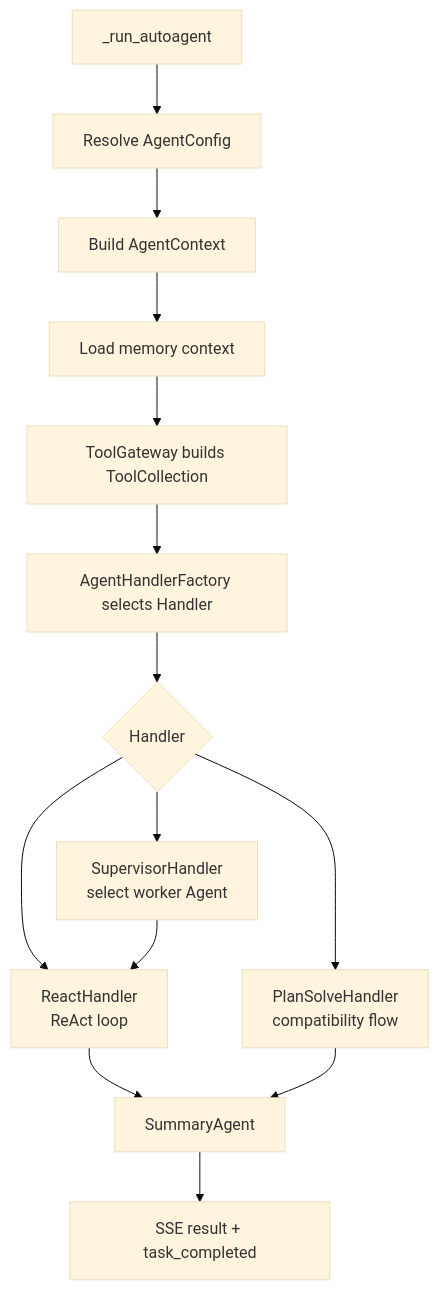
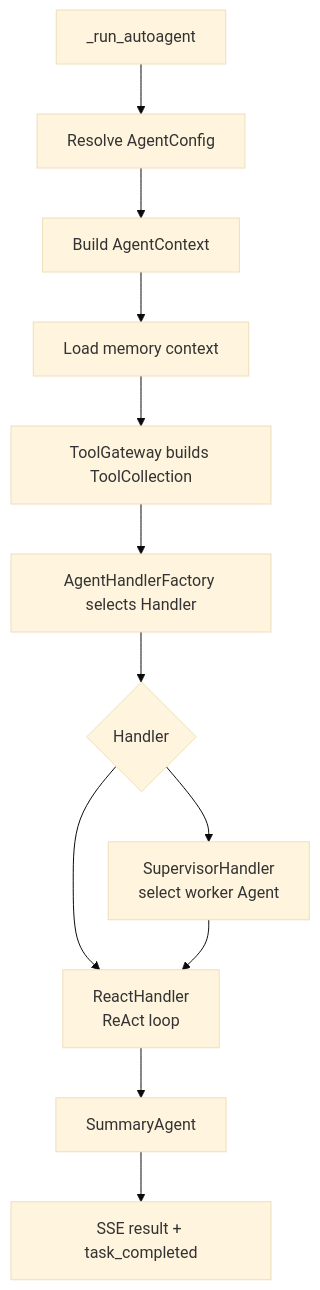
The eighth of 18 diagrams in README.md (youkuxiaobin/task-pilot-agent), drawn with Mermaid (base theme) before and after one commit. The commit also changed other lines of this file and 30 other files, not shown here.

Commit message:
Remove legacy plan solve flow

````diff
--- a/README.md
+++ b/README.md
@@ -181,16 +181,14 @@
 ```mermaid
 flowchart TD
   A["_run_autoagent"] --> B["Resolve AgentConfig"]
   B --> C["Build AgentContext"]
   C --> D["Load memory context"]
   D --> E["ToolGateway builds ToolCollection"]
   E --> F["AgentHandlerFactory selects Handler"]
   F --> G{"Handler"}
   G --> H["SupervisorHandler<br/>select worker Agent"]
   G --> I["ReactHandler<br/>ReAct loop"]
-  G --> J["PlanSolveHandler<br/>compatibility flow"]
   H --> I
   I --> K["SummaryAgent"]
-  J --> K
   K --> L["SSE result + task_completed"]
 ```
````
